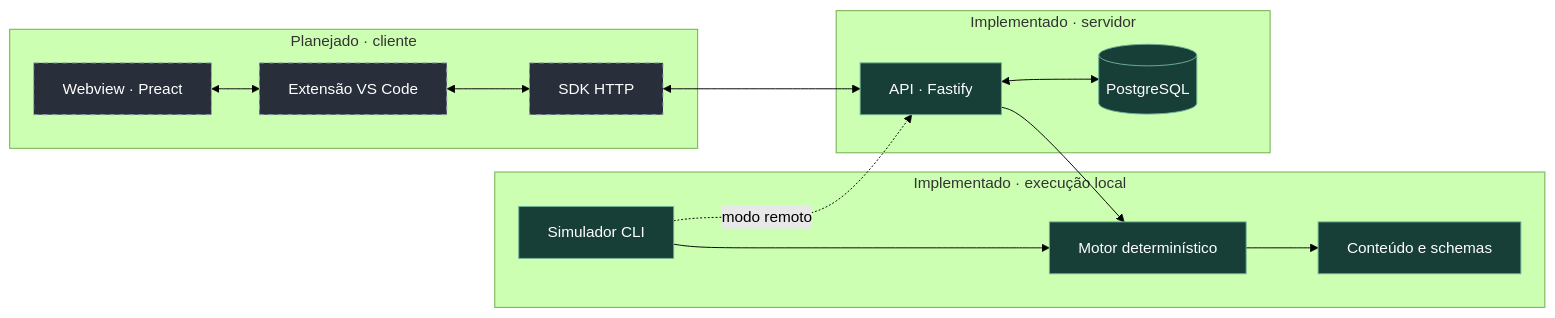
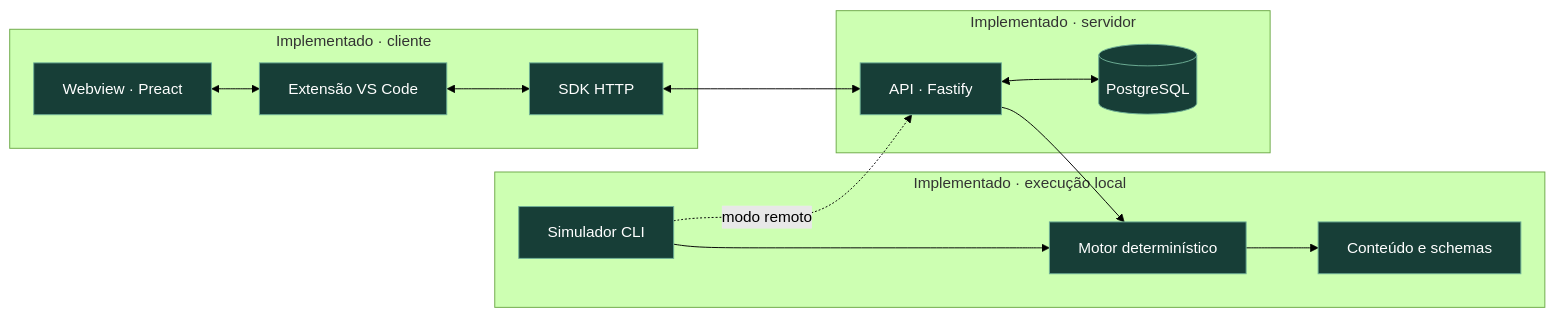
Before and after one commit to gustavopals/pals-vscode-game: the diagram in README.md, drawn with Mermaid (forest theme). The commit also changed other lines of this file and 8 other files, not shown here.

````diff
--- a/README.md
+++ b/README.md
@@ -93,21 +93,20 @@
 ```mermaid
 flowchart LR
     subgraph local["Implementado · execução local"]
         Sim["Simulador CLI"] --> Engine["Motor determinístico"]
         Engine --> Content["Conteúdo e schemas"]
     end
     subgraph server["Implementado · servidor"]
         API["API · Fastify"] <--> DB[("PostgreSQL")]
     end
-    subgraph client["Planejado · cliente"]
+    subgraph client["Implementado · cliente"]
         UI["Webview · Preact"] <--> Ext["Extensão VS Code"]
         Ext <--> SDK["SDK HTTP"]
     end
     SDK <--> API
     Sim -. "modo remoto" .-> API
     API --> Engine
     classDef ready fill:#173e37,stroke:#6eaf96,color:#fff
     classDef planned fill:#292e3b,stroke:#9aa6bf,color:#fff,stroke-dasharray:5 5
-    class Sim,Engine,Content,API,DB ready
-    class UI,Ext,SDK planned
+    class Sim,Engine,Content,API,DB,UI,Ext,SDK ready
 ```
````
